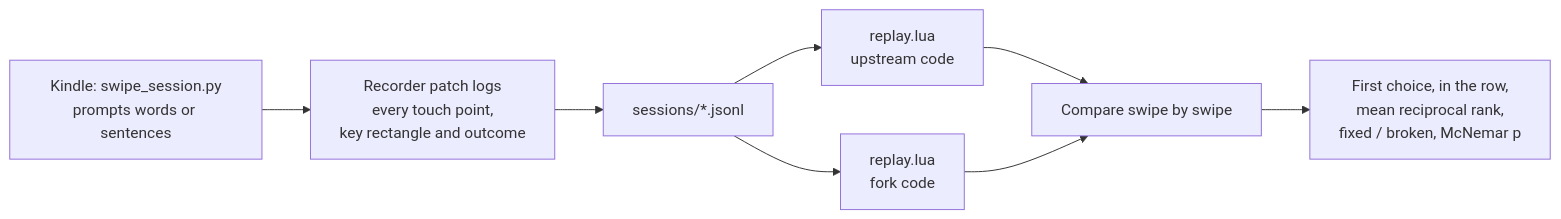
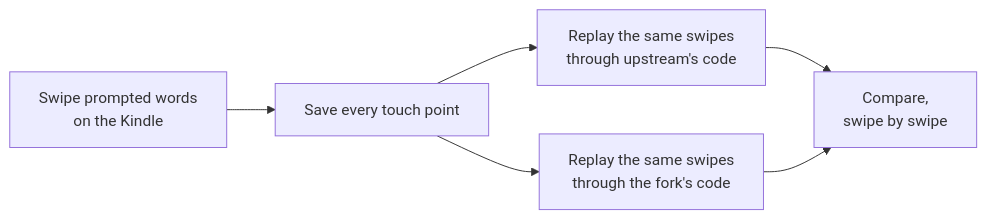
The first of 6 diagrams in README.md (Pixxel123/tapless.koplugin), drawn with Mermaid before and after one commit. The commit also changed other lines of this file, not shown here.

First line of the commit message:
Simplify the README's diagrams

````diff
--- a/README.md
+++ b/README.md
@@ -73,10 +73,8 @@
 ```mermaid
 flowchart LR
-    A["Kindle: swipe_session.py<br/>prompts words or sentences"] --> B["Recorder patch logs<br/>every touch point,<br/>key rectangle and outcome"]
-    B --> C["sessions/*.jsonl"]
-    C --> D["replay.lua<br/>upstream code"]
-    C --> E["replay.lua<br/>fork code"]
-    D --> F["Compare swipe by swipe"]
-    E --> F
-    F --> G["First choice, in the row,<br/>mean reciprocal rank,<br/>fixed / broken, McNemar p"]
+    A["Swipe prompted words<br/>on the Kindle"] --> B["Save every touch point"]
+    B --> C["Replay the same swipes<br/>through upstream's code"]
+    B --> D["Replay the same swipes<br/>through the fork's code"]
+    C --> E["Compare,<br/>swipe by swipe"]
+    D --> E
 ```
````
